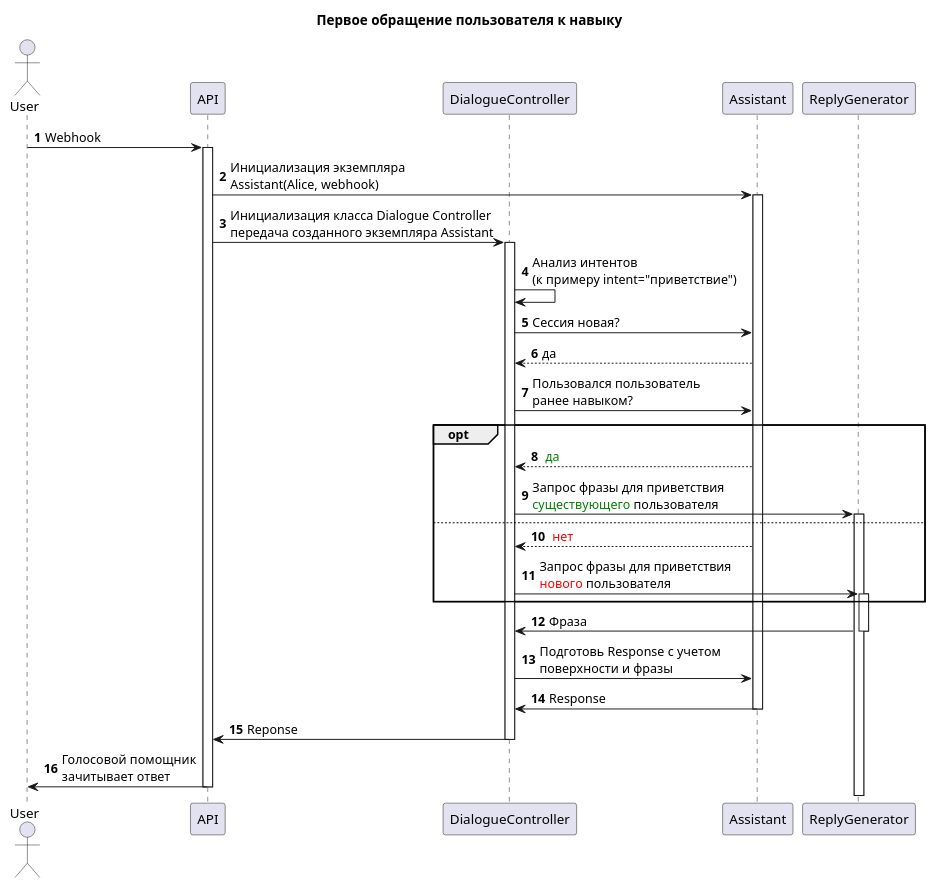
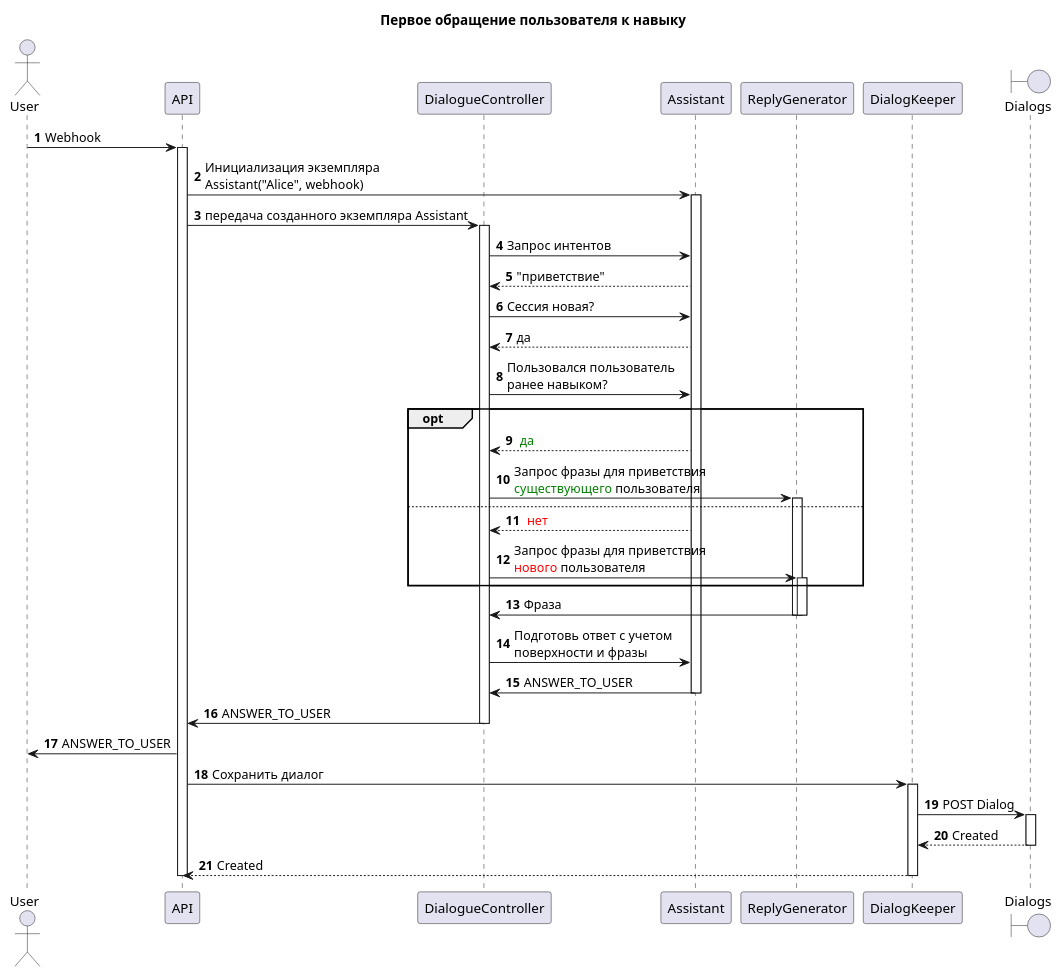
Before and after one commit to mkosinov/practicum_graduate_work: the diagram in services/assistant/docs/diagrams/src/user_first_request.puml, drawn with PlantUML. The commit also changed 4 other files, not shown here.

Commit message:
update schemas

```diff
--- a/services/assistant/docs/diagrams/src/user_first_request.puml
+++ b/services/assistant/docs/diagrams/src/user_first_request.puml
@@ -1,33 +1,42 @@
 @startuml "Первое обращение пользователя к навыку"
 autonumber
 
 title Первое обращение пользователя к навыку
 actor User
 participant API
 participant DialogueController
 participant Assistant
 participant ReplyGenerator
+participant DialogKeeper
+boundary Dialogs
 
 ' Начало процесса
 
 User -> API++: Webhook
-API -> Assistant++: Инициализация экземпляра\nAssistant(Alice, webhook)
-API -> DialogueController++: Инициализация класса Dialogue Controller\nпередача созданного экземпляра Assistant
-DialogueController -> DialogueController: Анализ интентов\n(к примеру intent="приветствие")
+API -> Assistant++: Инициализация экземпляра\nAssistant("Alice", webhook)
+API -> DialogueController++: передача созданного экземпляра Assistant
+DialogueController -> Assistant: Запрос интентов
+Assistant --> DialogueController: "приветствие"
 DialogueController -> Assistant: Сессия новая?
 Assistant --> DialogueController: да
 DialogueController -> Assistant: Пользовался пользователь\nранее навыком?
 opt
 Assistant --> DialogueController: <font color=green> да
 DialogueController -> ReplyGenerator ++: Запрос фразы для приветствия\n<font color=green>существующего</font> пользователя
 else
 Assistant --> DialogueController: <font color=red> нет
 DialogueController -> ReplyGenerator ++: Запрос фразы для приветствия\n<font color=red>нового</font> пользователя
 end
-ReplyGenerator -> DialogueController: Фраза
+ReplyGenerator -> DialogueController --: Фраза
 deactivate ReplyGenerator
-DialogueController -> Assistant: Подготовь Response с учетом\nповерхности и фразы
-Assistant -> DialogueController --: Response
-DialogueController -> API --: Reponse
-API -> User --: Голосовой помощник\nзачитывает ответ
+DialogueController -> Assistant: Подготовь ответ с учетом\nповерхности и фразы
+Assistant -> DialogueController --: ANSWER_TO_USER
+DialogueController -> API --: ANSWER_TO_USER
+API -> User: ANSWER_TO_USER
+
+API -> DialogKeeper ++: Сохранить диалог
+DialogKeeper -> Dialogs ++: POST Dialog
+Dialogs --> DialogKeeper --: Created
+DialogKeeper --> API --: Created
+deactivate API
 @enduml
```
